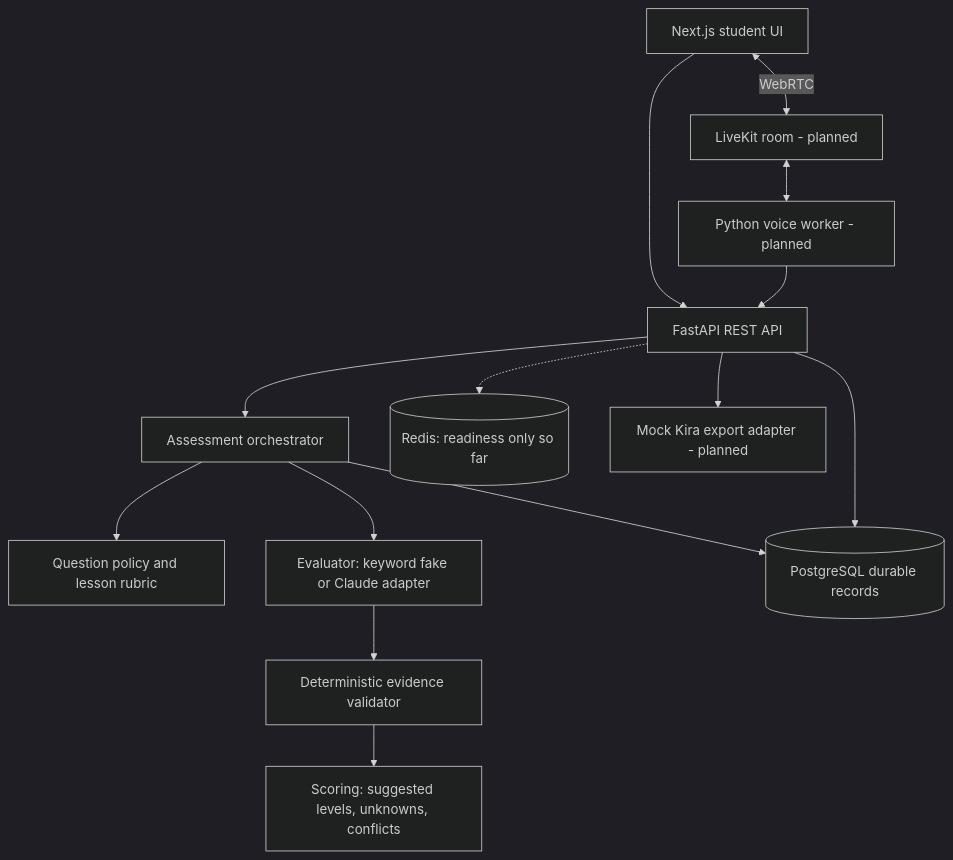
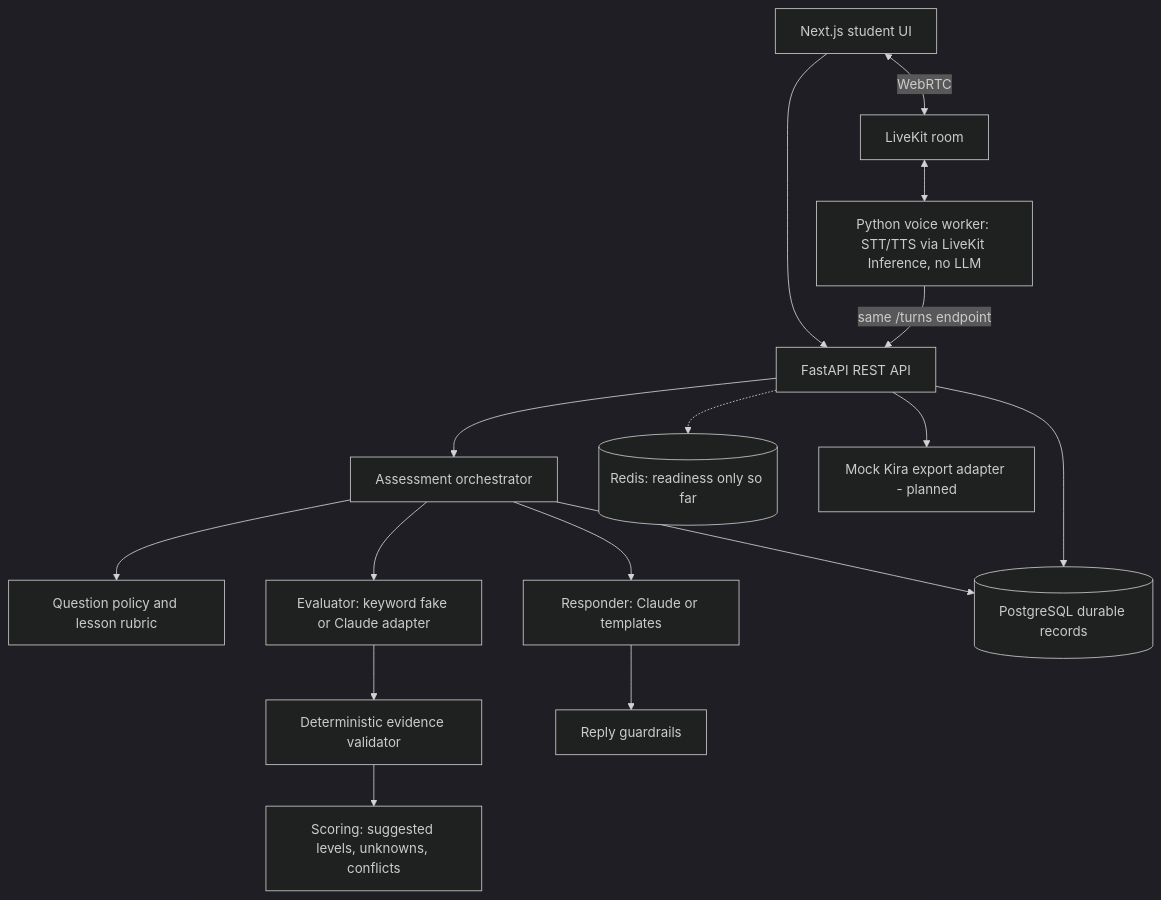
The diagram in docs/architecture.md (PickleRith/kira-verbal), drawn with Mermaid (dark theme) before and after one commit. The commit also changed other lines of this file and 49 other files, not shown here.

Commit message:
Day 4: LiveKit voice; conversation layer with guarded replies

````diff
--- a/docs/architecture.md
+++ b/docs/architecture.md
@@ -7,16 +7,17 @@
 ```mermaid
 flowchart TD
   UI[Next.js student UI] --> API[FastAPI REST API]
-  UI <-->|WebRTC| RTC[LiveKit room - planned]
-  RTC <--> W[Python voice worker - planned]
-  W --> API
+  UI <-->|WebRTC| RTC[LiveKit room]
+  RTC <--> W[Python voice worker: STT/TTS via LiveKit Inference, no LLM]
+  W -->|same /turns endpoint| API
   API --> O[Assessment orchestrator]
   O --> P[Question policy and lesson rubric]
   O --> E[Evaluator: keyword fake or Claude adapter]
   E --> V[Deterministic evidence validator]
   V --> S[Scoring: suggested levels, unknowns, conflicts]
+  O --> RS[Responder: Claude or templates] --> G[Reply guardrails]
   O --> DB[(PostgreSQL durable records)]
   API --> DB
   API -.-> R[(Redis: readiness only so far)]
   API --> X[Mock Kira export adapter - planned]
 ```
````
